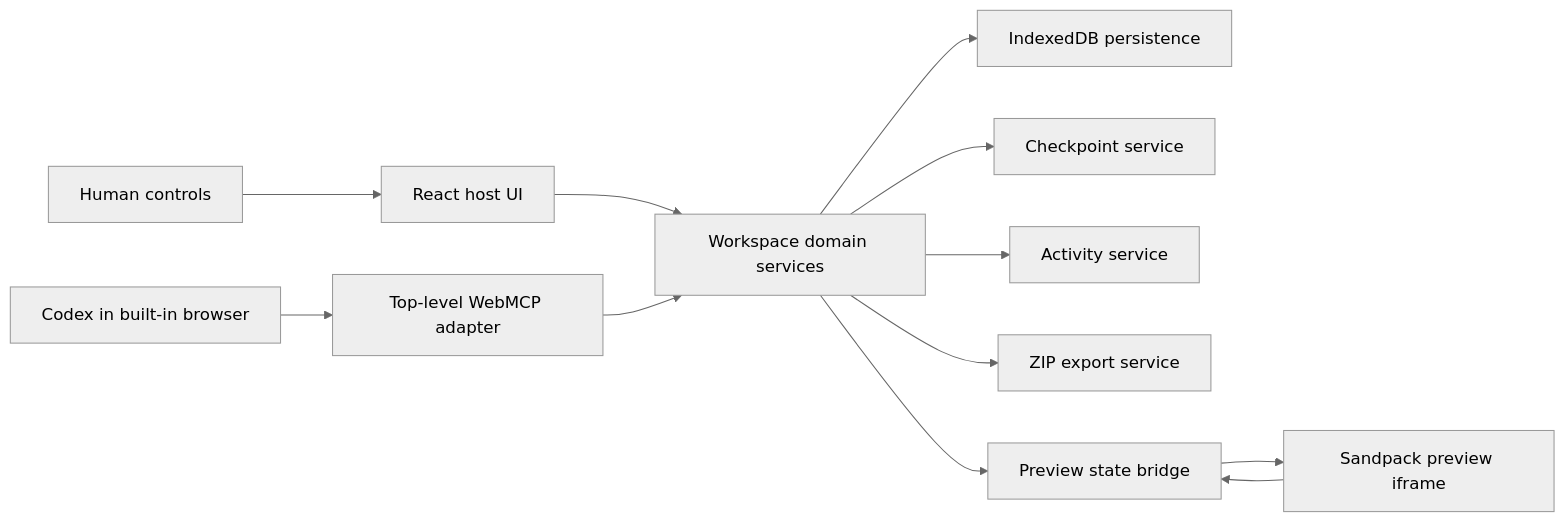
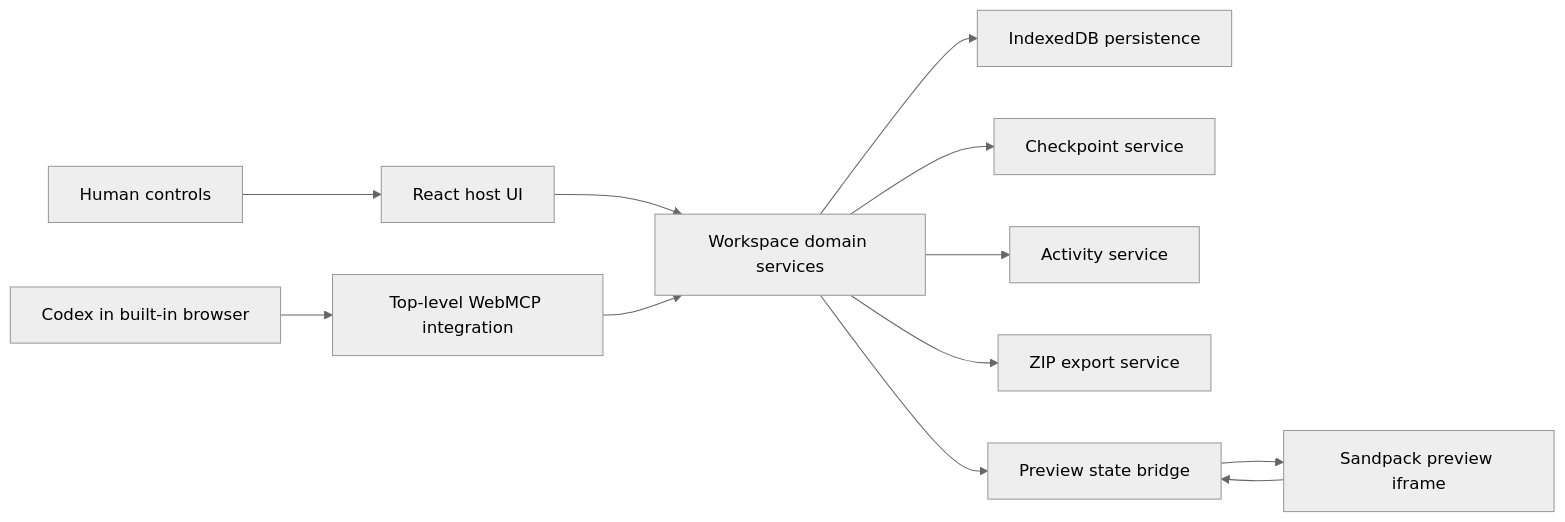
Before and after one commit to Damso74/patchwork-webmcp: the diagram in docs/ARCHITECTURE.md, drawn with Mermaid (neutral theme). The commit also changed other lines of this file and 11 other files, not shown here.

````diff
--- a/docs/ARCHITECTURE.md
+++ b/docs/ARCHITECTURE.md
@@ -9,14 +9,14 @@
 ```mermaid
 flowchart LR
   Human[Human controls] --> UI[React host UI]
-  Agent[Codex in built-in browser] --> WM[Top-level WebMCP adapter]
+  Agent[Codex in built-in browser] --> WM[Top-level WebMCP integration]
   UI --> Domain[Workspace domain services]
   WM --> Domain
   Domain --> Store[IndexedDB persistence]
   Domain --> CP[Checkpoint service]
   Domain --> Log[Activity service]
   Domain --> Export[ZIP export service]
   Domain --> Bridge[Preview state bridge]
   Bridge --> Sandpack[Sandpack preview iframe]
   Sandpack --> Bridge
 ```
````
